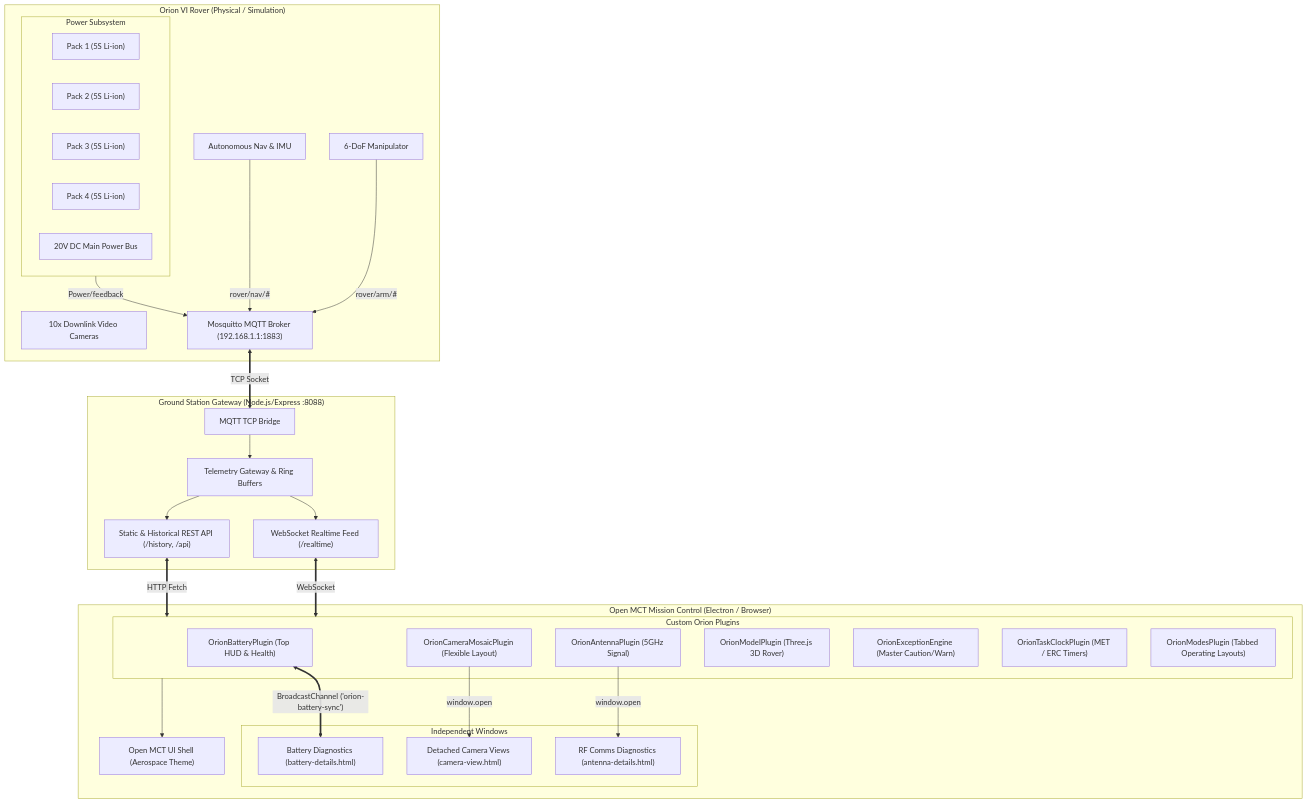
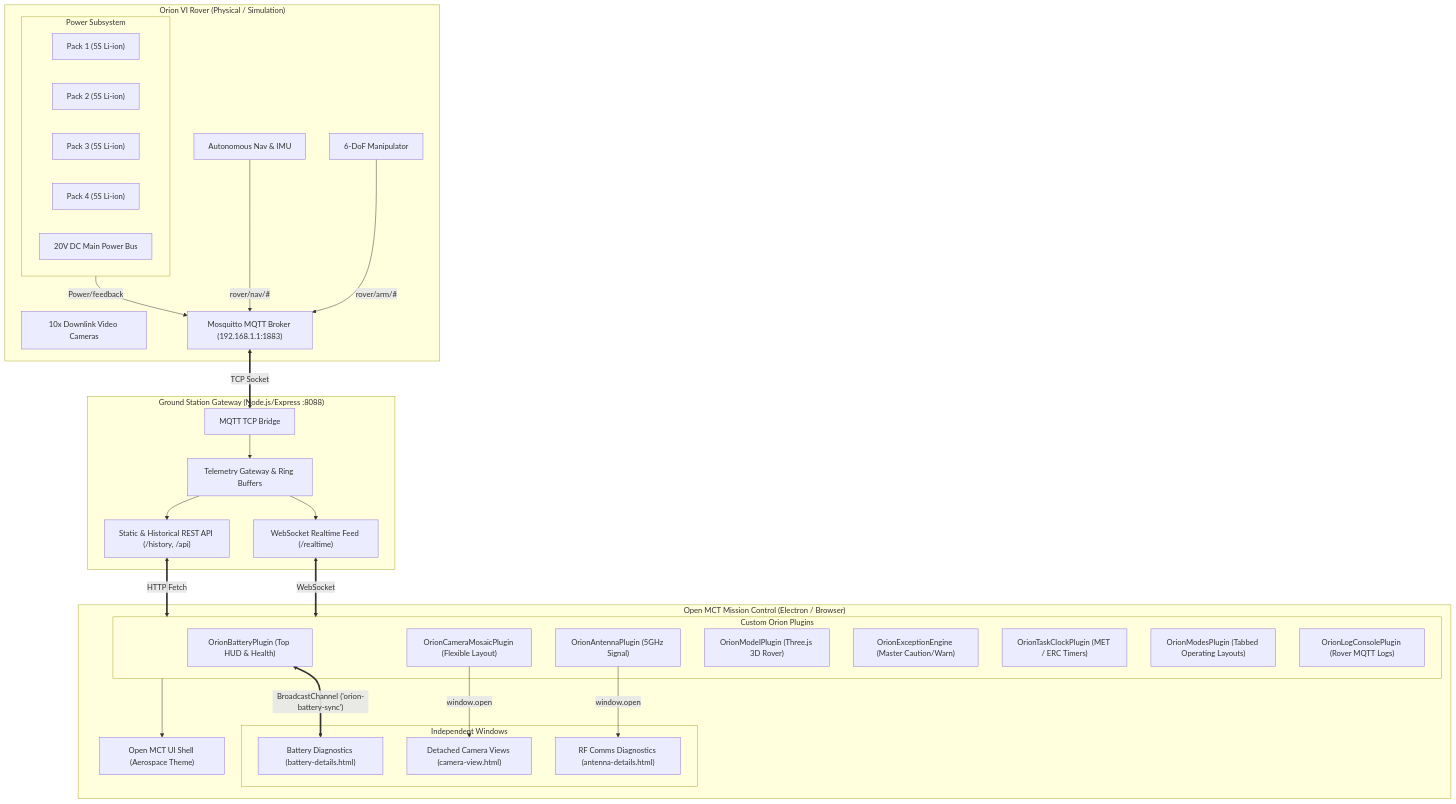
The diagram in README.md (knmicrochip/OrionVI_GroundStation), drawn with Mermaid before and after one commit. The commit also changed other lines of this file and 19 other files, not shown here.

First line of the commit message:
feat(log-console): add Orion VI Rover MQTT Live Log Console Plugin

````diff
--- a/README.md
+++ b/README.md
@@ -162,59 +181,60 @@
 ```mermaid
 flowchart TD
     subgraph Rover ["Orion VI Rover (Physical / Simulation)"]
         subgraph PowerSub ["Power Subsystem"]
             B1["Pack 1 (5S Li-ion)"]
             B2["Pack 2 (5S Li-ion)"]
             B3["Pack 3 (5S Li-ion)"]
             B4["Pack 4 (5S Li-ion)"]
             Bus["20V DC Main Power Bus"]
         end
         Cams["10x Downlink Video Cameras"]
         Nav["Autonomous Nav & IMU"]
         Arm["6-DoF Manipulator"]
         Broker["Mosquitto MQTT Broker (192.168.1.1:1883)"]
         
         PowerSub -->|"Power/feedback"| Broker
         Nav -->|"rover/nav/#"| Broker
         Arm -->|"rover/arm/#"| Broker
     end
 
     subgraph GCS_Backend ["Ground Station Gateway (Node.js/Express :8088)"]
         Bridge["MQTT TCP Bridge"]
         Gateway["Telemetry Gateway & Ring Buffers"]
         WSServer["WebSocket Realtime Feed (/realtime)"]
         HTTPServer["Static & Historical REST API (/history, /api)"]
         
         Broker <==>|"TCP Socket"| Bridge
         Bridge --> Gateway
         Gateway --> WSServer
         Gateway --> HTTPServer
     end
 
     subgraph GCS_Frontend ["Open MCT Mission Control (Electron / Browser)"]
         Shell["Open MCT UI Shell (Aerospace Theme)"]
         
         subgraph Plugins ["Custom Orion Plugins"]
             P_Batt["OrionBatteryPlugin (Top HUD & Health)"]
             P_Cam["OrionCameraMosaicPlugin (Flexible Layout)"]
             P_RF["OrionAntennaPlugin (5GHz Signal)"]
             P_3D["OrionModelPlugin (Three.js 3D Rover)"]
             P_Exc["OrionExceptionEngine (Master Caution/Warn)"]
             P_Clock["OrionTaskClockPlugin (MET / ERC Timers)"]
             P_Modes["OrionModesPlugin (Tabbed Operating Layouts)"]
+            P_Logs["OrionLogConsolePlugin (Rover MQTT Logs)"]
         end
 
         subgraph SecondaryWindows ["Independent Windows"]
             Win_Batt["Battery Diagnostics (battery-details.html)"]
             Win_RF["RF Comms Diagnostics (antenna-details.html)"]
             Win_Cam["Detached Camera Views (camera-view.html)"]
         end
 
         WSServer <==>|"WebSocket"| Plugins
         HTTPServer <==>|"HTTP Fetch"| Plugins
         Plugins --> Shell
         P_Batt <==>|"BroadcastChannel ('orion-battery-sync')"| Win_Batt
         P_Cam -->|"window.open"| Win_Cam
         P_RF -->|"window.open"| Win_RF
     end
 ```
````
